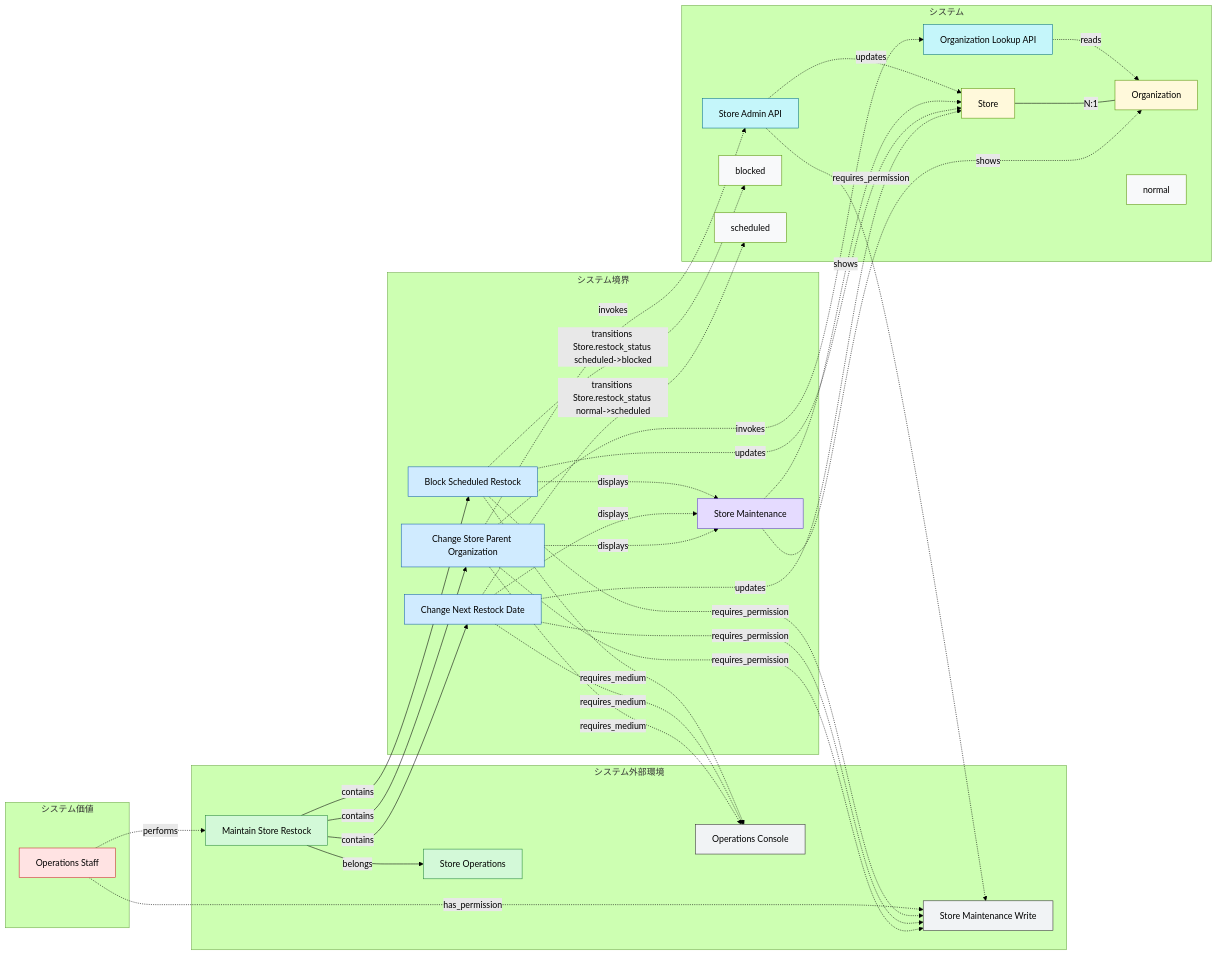
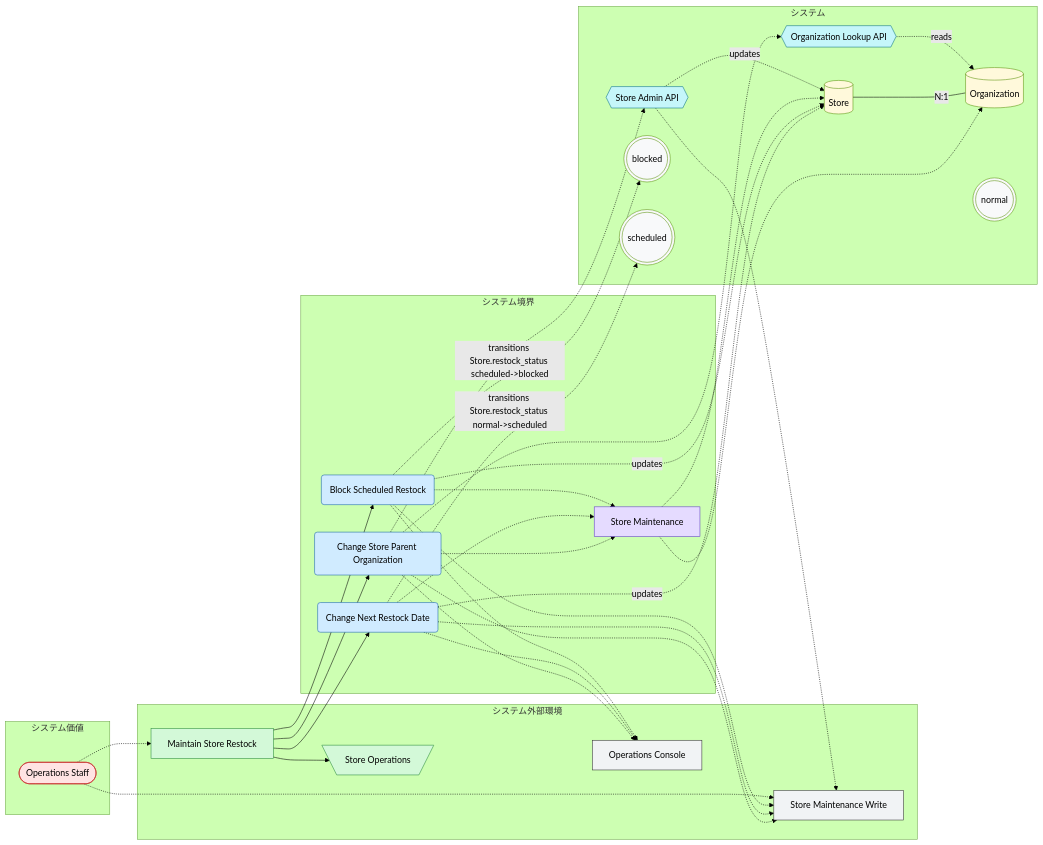
Before and after one commit to manji-0/rdra-ish-dsl: the diagram in samples/incremental-order/step-6-business-rules/out/object_graph_buc_store_restock.mmd, drawn with Mermaid (forest theme). The commit also changed 95 other files, not shown here.

```diff
--- a/samples/incremental-order/step-6-business-rules/out/object_graph_buc_store_restock.mmd
+++ b/samples/incremental-order/step-6-business-rules/out/object_graph_buc_store_restock.mmd
@@ -1,68 +1,68 @@
 %% rdra-ish diagram=rdra scope=buc:BucStoreRestock model=samples/incremental-order/step-6-business-rules/src
 %% layers: value=システム価値 environment=システム外部環境 boundary=システム境界 system=システム
 %% kinds: actor business buc medium permission usecase screen api entity state
 %% omitted: (none)
 flowchart LR
   subgraph layer_value["システム価値"]
-    actor__OpsStaff["Operations Staff"]:::actor
+    actor__OpsStaff(["Operations Staff"]):::actor
   end
   subgraph layer_environment["システム外部環境"]
-    business__StoreOperations["Store Operations"]:::business
+    business__StoreOperations[\"Store Operations"/]:::business
     %% desc business__StoreOperations: Store operations owns restock planning and store master maintenance.
     buc__BucStoreRestock["Maintain Store Restock"]:::buc
     %% desc buc__BucStoreRestock: Keep restock dates and store organization assignments operationally correct.
     medium__OpsConsole["Operations Console"]:::medium
     permission__StoreMaintenanceWrite["Store Maintenance Write"]:::permission
   end
   subgraph layer_boundary["システム境界"]
-    usecase__BlockScheduledRestock["Block Scheduled Restock"]:::usecase
-    usecase__ChangeNextRestockDate["Change Next Restock Date"]:::usecase
-    usecase__ChangeStoreParentOrganization["Change Store Parent Organization"]:::usecase
+    usecase__BlockScheduledRestock("Block Scheduled Restock"):::usecase
+    usecase__ChangeNextRestockDate("Change Next Restock Date"):::usecase
+    usecase__ChangeStoreParentOrganization("Change Store Parent Organization"):::usecase
     screen__StoreMaintenanceScreen["Store Maintenance"]:::screen
   end
   subgraph layer_system["システム"]
-    api__OrganizationLookupApi["Organization Lookup API"]:::api
-    api__StoreAdminApi["Store Admin API"]:::api
-    entity__Organization["Organization"]:::entity
-    entity__Store["Store"]:::entity
-    state__Store_blocked["blocked"]:::state
-    state__Store_normal["normal"]:::state
-    state__Store_scheduled["scheduled"]:::state
+    api__OrganizationLookupApi{{"Organization Lookup API"}}:::api
+    api__StoreAdminApi{{"Store Admin API"}}:::api
+    entity__Organization[("Organization")]:::entity
+    entity__Store[("Store")]:::entity
+    state__Store_blocked((("blocked"))):::state
+    state__Store_normal((("normal"))):::state
+    state__Store_scheduled((("scheduled"))):::state
   end
-  actor__OpsStaff -.->|has_permission| permission__StoreMaintenanceWrite
-  actor__OpsStaff -.->|performs| buc__BucStoreRestock
+  actor__OpsStaff -.-> permission__StoreMaintenanceWrite
+  actor__OpsStaff -.-> buc__BucStoreRestock
   api__OrganizationLookupApi -.->|reads| entity__Organization
-  api__StoreAdminApi -.->|requires_permission| permission__StoreMaintenanceWrite
+  api__StoreAdminApi -.-> permission__StoreMaintenanceWrite
   api__StoreAdminApi -.->|updates| entity__Store
-  buc__BucStoreRestock -->|belongs| business__StoreOperations
-  buc__BucStoreRestock -->|contains| usecase__BlockScheduledRestock
-  buc__BucStoreRestock -->|contains| usecase__ChangeNextRestockDate
-  buc__BucStoreRestock -->|contains| usecase__ChangeStoreParentOrganization
+  buc__BucStoreRestock --> business__StoreOperations
+  buc__BucStoreRestock --> usecase__BlockScheduledRestock
+  buc__BucStoreRestock --> usecase__ChangeNextRestockDate
+  buc__BucStoreRestock --> usecase__ChangeStoreParentOrganization
   entity__Store ---|N:1| entity__Organization
-  screen__StoreMaintenanceScreen -.->|shows| entity__Organization
-  screen__StoreMaintenanceScreen -.->|shows| entity__Store
-  usecase__BlockScheduledRestock -.->|displays| screen__StoreMaintenanceScreen
-  usecase__BlockScheduledRestock -.->|requires_medium| medium__OpsConsole
-  usecase__BlockScheduledRestock -.->|requires_permission| permission__StoreMaintenanceWrite
+  screen__StoreMaintenanceScreen -.-> entity__Organization
+  screen__StoreMaintenanceScreen -.-> entity__Store
+  usecase__BlockScheduledRestock -.-> screen__StoreMaintenanceScreen
+  usecase__BlockScheduledRestock -.-> medium__OpsConsole
+  usecase__BlockScheduledRestock -.-> permission__StoreMaintenanceWrite
   usecase__BlockScheduledRestock -.->|transitions Store.restock_status scheduled->blocked| state__Store_blocked
   usecase__BlockScheduledRestock -.->|updates| entity__Store
-  usecase__ChangeNextRestockDate -.->|displays| screen__StoreMaintenanceScreen
-  usecase__ChangeNextRestockDate -.->|requires_medium| medium__OpsConsole
-  usecase__ChangeNextRestockDate -.->|requires_permission| permission__StoreMaintenanceWrite
+  usecase__ChangeNextRestockDate -.-> screen__StoreMaintenanceScreen
+  usecase__ChangeNextRestockDate -.-> medium__OpsConsole
+  usecase__ChangeNextRestockDate -.-> permission__StoreMaintenanceWrite
   usecase__ChangeNextRestockDate -.->|transitions Store.restock_status normal->scheduled| state__Store_scheduled
   usecase__ChangeNextRestockDate -.->|updates| entity__Store
-  usecase__ChangeStoreParentOrganization -.->|displays| screen__StoreMaintenanceScreen
-  usecase__ChangeStoreParentOrganization -.->|invokes| api__OrganizationLookupApi
-  usecase__ChangeStoreParentOrganization -.->|invokes| api__StoreAdminApi
-  usecase__ChangeStoreParentOrganization -.->|requires_medium| medium__OpsConsole
-  usecase__ChangeStoreParentOrganization -.->|requires_permission| permission__StoreMaintenanceWrite
+  usecase__ChangeStoreParentOrganization -.-> screen__StoreMaintenanceScreen
+  usecase__ChangeStoreParentOrganization -.-> api__OrganizationLookupApi
+  usecase__ChangeStoreParentOrganization -.-> api__StoreAdminApi
+  usecase__ChangeStoreParentOrganization -.-> medium__OpsConsole
+  usecase__ChangeStoreParentOrganization -.-> permission__StoreMaintenanceWrite
   classDef actor fill:#ffe3e3,stroke:#c92a2a,color:#000;
   classDef business fill:#d3f9d8,stroke:#2b8a3e,color:#000;
   classDef buc fill:#d3f9d8,stroke:#2b8a3e,color:#000;
   classDef medium fill:#f1f3f5,stroke:#333,color:#000;
   classDef permission fill:#f1f3f5,stroke:#333,color:#000;
   classDef usecase fill:#d0ebff,stroke:#1864ab,color:#000;
   classDef screen fill:#e5dbff,stroke:#5f3dc4,color:#000;
   classDef api fill:#c5f6fa,stroke:#0b7285,color:#000;
   classDef entity fill:#fff9db,stroke:#5c940d,color:#000;
   classDef state fill:#f8f9fa,stroke:#5c940d,color:#000;
```
